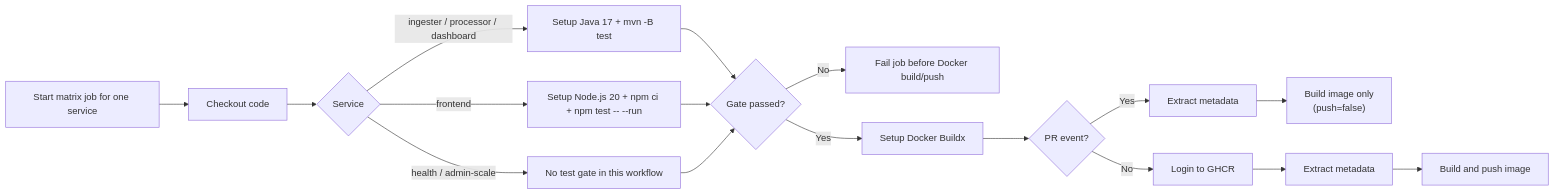
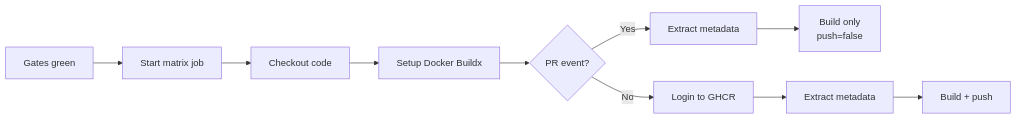
The second of 2 diagrams in docs/runbooks/ci-cd/ci-app.md (ClementV78/CloudRadar), drawn with Mermaid before and after one commit. The commit also changed other lines of this file and 13 other files, not shown here.

````diff
--- a/docs/runbooks/ci-cd/ci-app.md
+++ b/docs/runbooks/ci-cd/ci-app.md
@@ -243,24 +276,12 @@
 ```mermaid
 flowchart LR
-  S["Start matrix job for one service"] --> C["Checkout code"]
-  C --> K{"Service"}
-
-  K -->|"ingester / processor / dashboard"| JT["Setup Java 17 + mvn -B test"]
-
-  K -->|"frontend"| NT["Setup Node.js 20 + npm ci + npm test -- --run"]
-
-  K -->|"health / admin-scale"| SK["No test gate in this workflow"]
-
-  JT --> R{"Gate passed?"}
-  NT --> R
-  SK --> R
-
-  R -->|"No"| F["Fail job before Docker build/push"]
-  R -->|"Yes"| BX["Setup Docker Buildx"]
+  P["Gates green"] --> S["Start matrix job"]
+  S --> C["Checkout code"]
+  C --> BX["Setup Docker Buildx"]
   BX --> L{"PR event?"}
   L -->|"Yes"| M1["Extract metadata"]
-  M1 --> D1["Build image only<br/>(push=false)"]
+  M1 --> D1["Build only<br/>push=false"]
   L -->|"No"| LG["Login to GHCR"]
   LG --> M2["Extract metadata"]
-  M2 --> D2["Build and push image"]
+  M2 --> D2["Build + push"]
 ```
````
